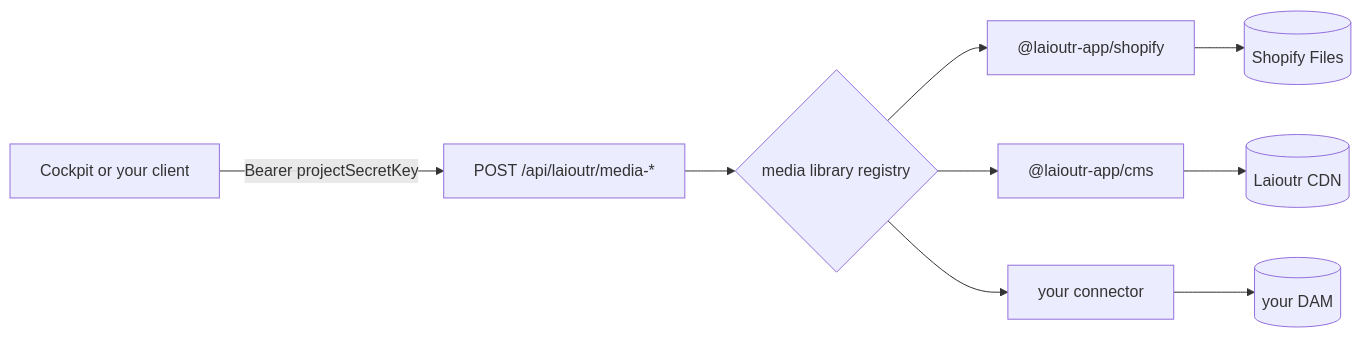
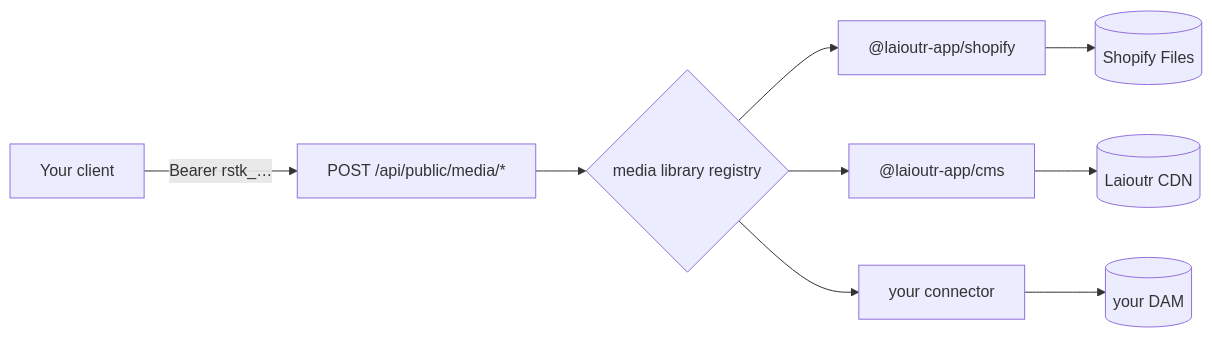
Before and after one commit to laioutr/docs: the first of 2 diagrams in content/9.Data-API/2.Management-API/1.assets.md, drawn with Mermaid. The commit also changed other lines of this file and 3 other files, not shown here.

````diff
--- a/content/9.Data-API/2.Management-API/1.assets.md
+++ b/content/9.Data-API/2.Management-API/1.assets.md
@@ -27,11 +25,11 @@
 ```mermaid
 flowchart LR
-  A["Cockpit or your client"] -->|"Bearer projectSecretKey"| B["POST /api/laioutr/media-*"]
+  A["Your client"] -->|"Bearer rstk_…"| B["POST /api/public/media/*"]
   B --> C{"media library registry"}
   C --> D["@laioutr-app/shopify"]
   C --> E["@laioutr-app/cms"]
   C --> F["your connector"]
   D --> G[("Shopify Files")]
   E --> H[("Laioutr CDN")]
   F --> I[("your DAM")]
 ```
````
